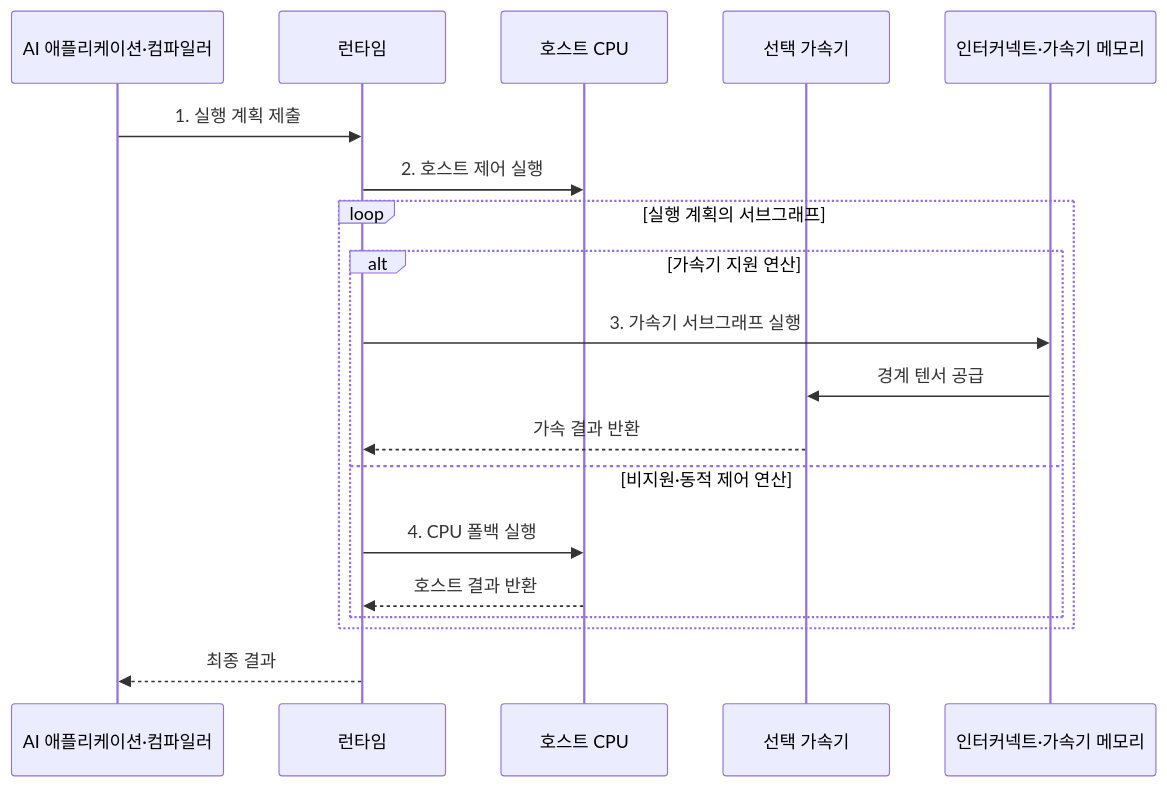
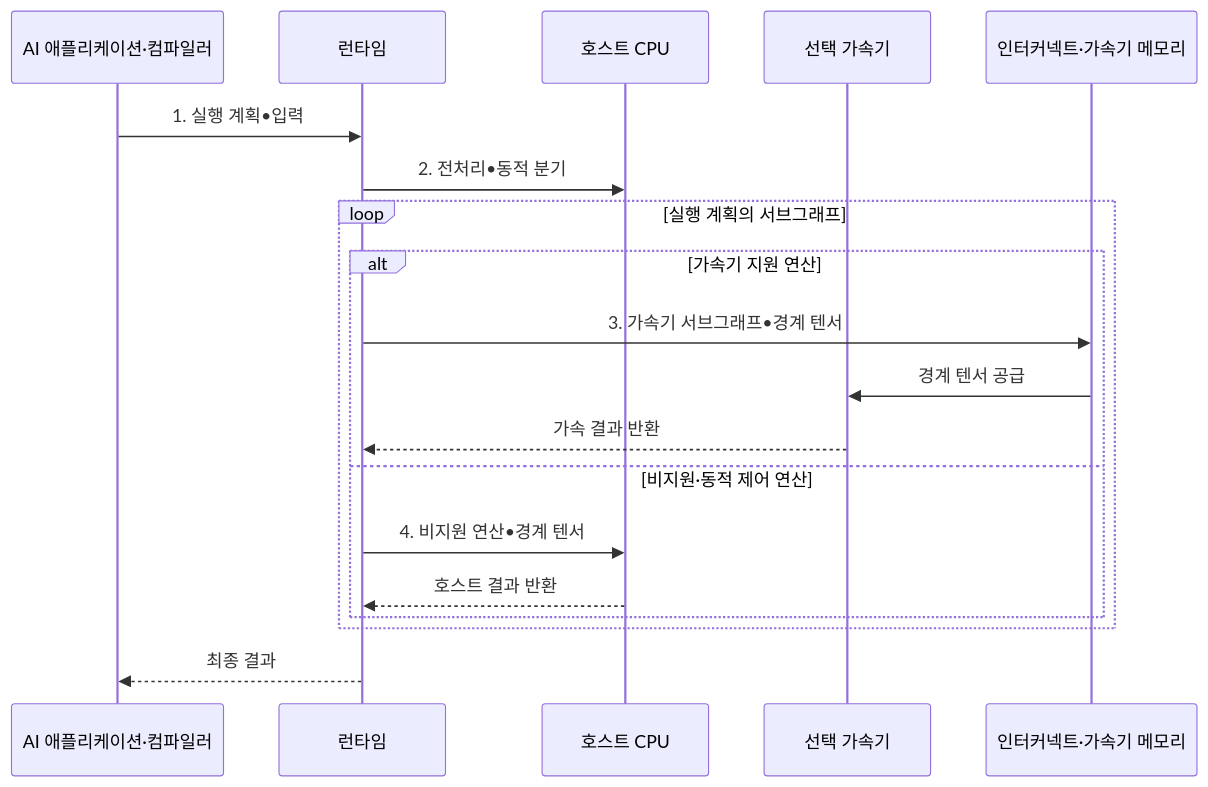
Before and after one commit to agnusdei1207/knowledge-base: the second of 2 diagrams in src/content/docs/notes/02-hardware/046_ai_accelerator_comparison.md, drawn with Mermaid. The commit also changed other lines of this file and 20 other files, not shown here.

````diff
--- a/src/content/docs/notes/02-hardware/046_ai_accelerator_comparison.md
+++ b/src/content/docs/notes/02-hardware/046_ai_accelerator_comparison.md
@@ -87,22 +90,22 @@
 ```mermaid
 sequenceDiagram
     participant A as AI 애플리케이션·컴파일러
     participant R as 런타임
     participant H as 호스트 CPU
     participant X as 선택 가속기
     participant M as 인터커넥트·가속기 메모리
 
-    A->>R: 1. 실행 계획 제출
-    R->>H: 2. 호스트 제어 실행
+    A->>R: 1. 실행 계획•입력
+    R->>H: 2. 전처리•동적 분기
     loop 실행 계획의 서브그래프
         alt 가속기 지원 연산
-            R->>M: 3. 가속기 서브그래프 실행
+            R->>M: 3. 가속기 서브그래프•경계 텐서
             M->>X: 경계 텐서 공급
             X-->>R: 가속 결과 반환
         else 비지원·동적 제어 연산
-            R->>H: 4. CPU 폴백 실행
+            R->>H: 4. 비지원 연산•경계 텐서
             H-->>R: 호스트 결과 반환
         end
     end
     R-->>A: 최종 결과
 ```
````
